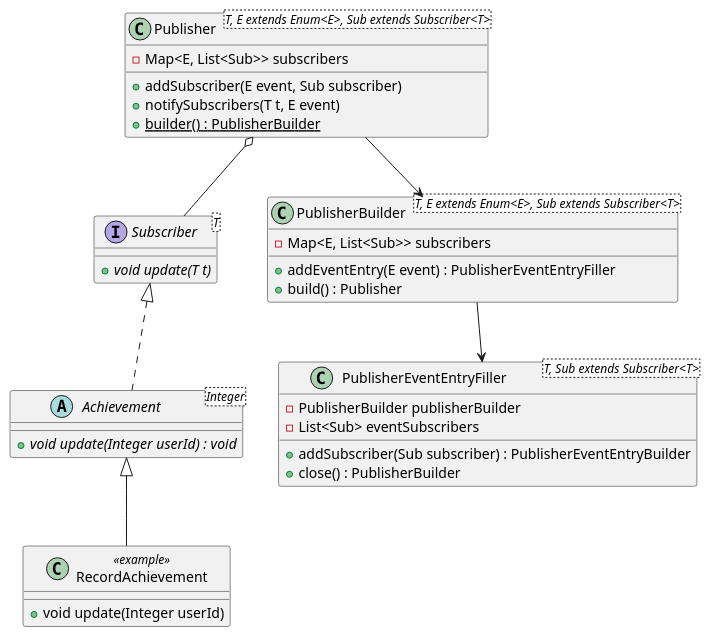
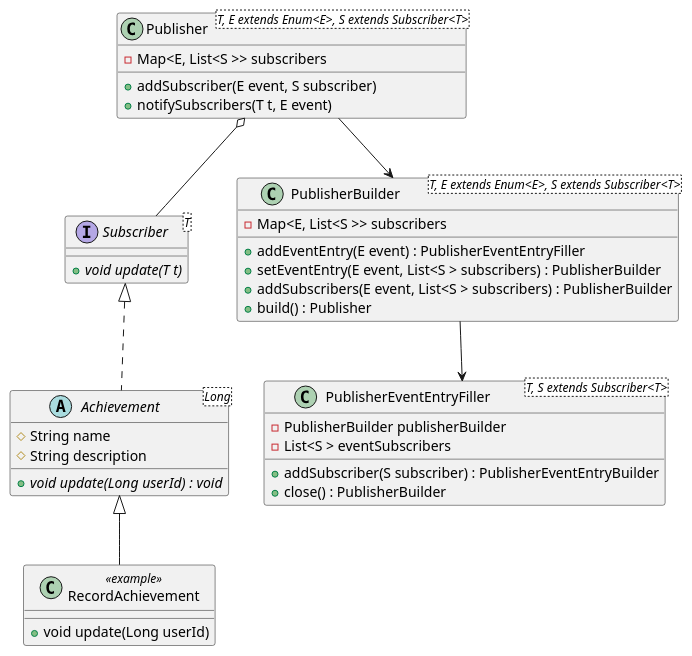
One commit to laurenci/hydrotrack changed the diagram in schemas/uml/class/achievements.puml. Above: the diagram before and after it, drawn with PlantUML. The commit also changed 30 other files, not shown here.

```diff
--- a/schemas/uml/class/achievements.puml
+++ b/schemas/uml/class/achievements.puml
@@ -1,41 +1,44 @@
 @startuml
 interface Subscriber<T> {
     + {abstract} void update(T t)
 }
 
-abstract class Achievement<Integer> {
-    + {abstract} void update(Integer userId) : void
+abstract class Achievement<Long> {
+    # String name
+    # String description
+    + {abstract} void update(Long userId) : void
 }
 
 class RecordAchievement <<example>> {
-    + void update(Integer userId)
+    + void update(Long userId)
 }
 
 Subscriber <|.. Achievement
 Achievement <|-- RecordAchievement
 
-class Publisher<T, E extends Enum<E>, Sub extends Subscriber<T>> {
-    - Map<E, List<Sub>> subscribers
-    + addSubscriber(E event, Sub subscriber)
+class Publisher<T, E extends Enum<E>, S extends Subscriber<T>> {
+    - Map<E, List<S >> subscribers
+    + addSubscriber(E event, S subscriber)
     + notifySubscribers(T t, E event)
-    + {static} builder() : PublisherBuilder
 }
 
 Publisher o-- Subscriber
 
-class PublisherBuilder<T, E extends Enum<E>, Sub extends Subscriber<T>> {
-    - Map<E, List<Sub>> subscribers
+class PublisherBuilder<T, E extends Enum<E>, S extends Subscriber<T>> {
+    - Map<E, List<S >> subscribers
     + addEventEntry(E event) : PublisherEventEntryFiller
+    + setEventEntry(E event, List<S > subscribers) : PublisherBuilder
+    + addSubscribers(E event, List<S > subscribers) : PublisherBuilder
     + build() : Publisher
 }
 
-class PublisherEventEntryFiller<T, Sub extends Subscriber<T>> {
+class PublisherEventEntryFiller<T, S extends Subscriber<T>> {
     - PublisherBuilder publisherBuilder
-    - List<Sub> eventSubscribers
-    + addSubscriber(Sub subscriber) : PublisherEventEntryBuilder
+    - List<S > eventSubscribers
+    + addSubscriber(S subscriber) : PublisherEventEntryBuilder
     + close() : PublisherBuilder
 }
 
 Publisher --> PublisherBuilder
 PublisherBuilder --> PublisherEventEntryFiller
 @enduml
```
